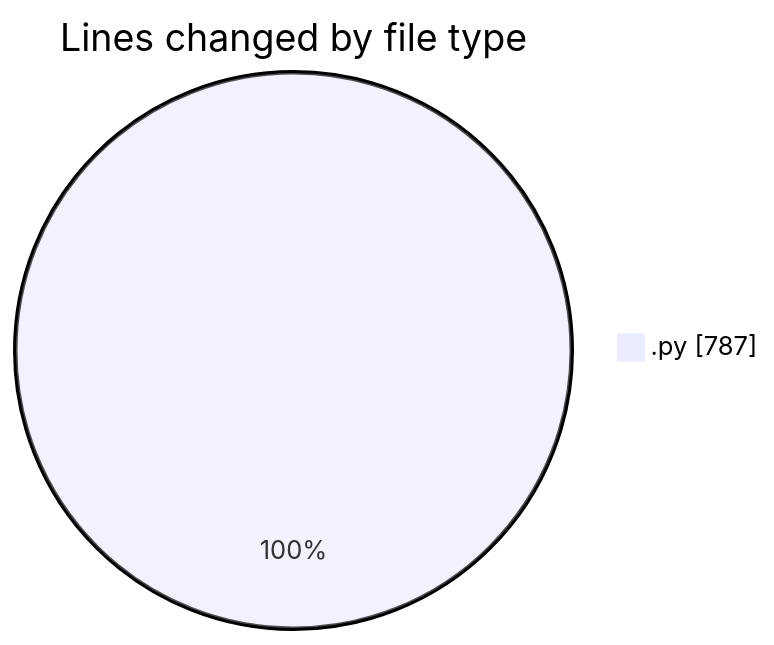
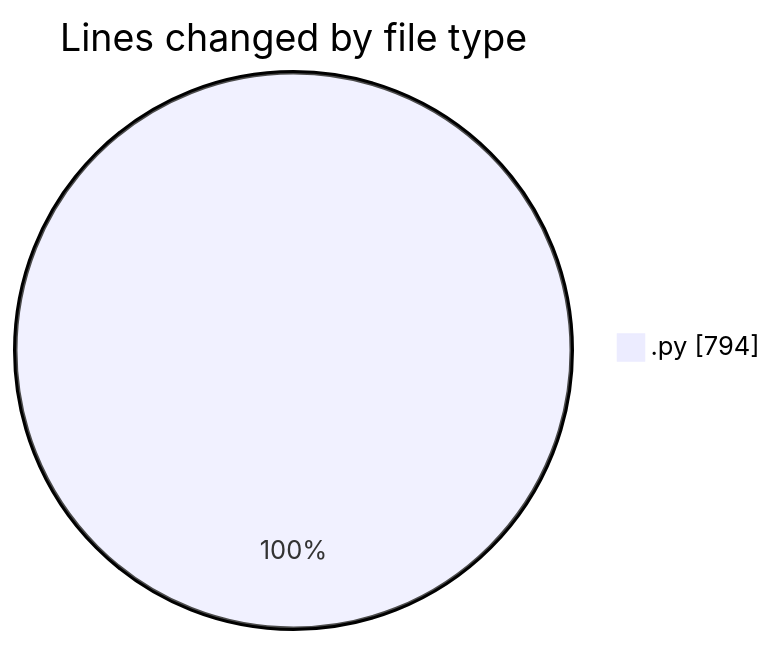
One commit to MatusMokan/code-tracking changed the first of 2 diagrams in 2025-03-08/myws__workspace_/README.md. Above: the diagram before and after it, drawn with Mermaid. The commit also changed other lines of this file and 1 other file, not shown here.

````diff
--- a/2025-03-08/myws__workspace_/README.md
+++ b/2025-03-08/myws__workspace_/README.md
@@ -20,5 +20,5 @@
 ```mermaid
 pie showData
 title Lines changed by file type
-".py" : 787
+".py" : 794
 ```
````
